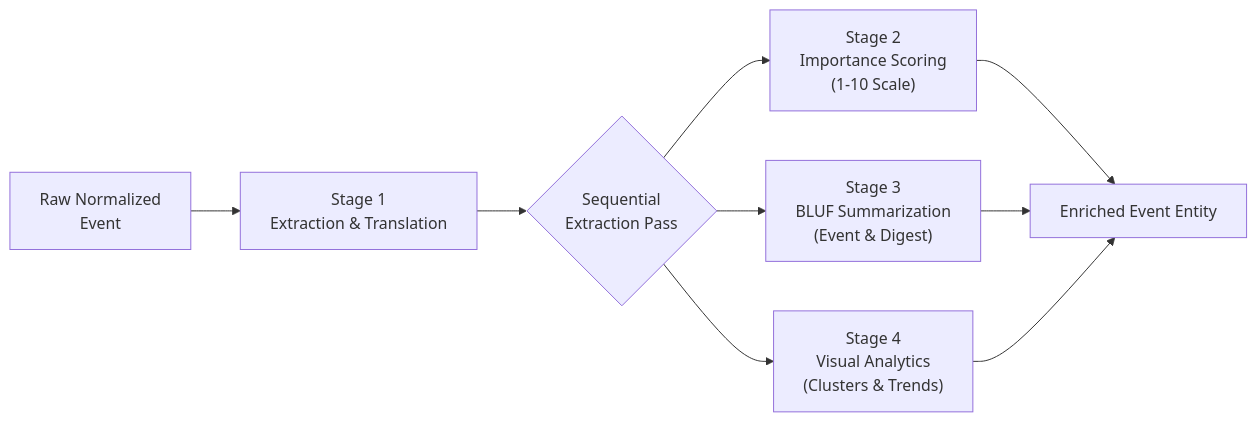
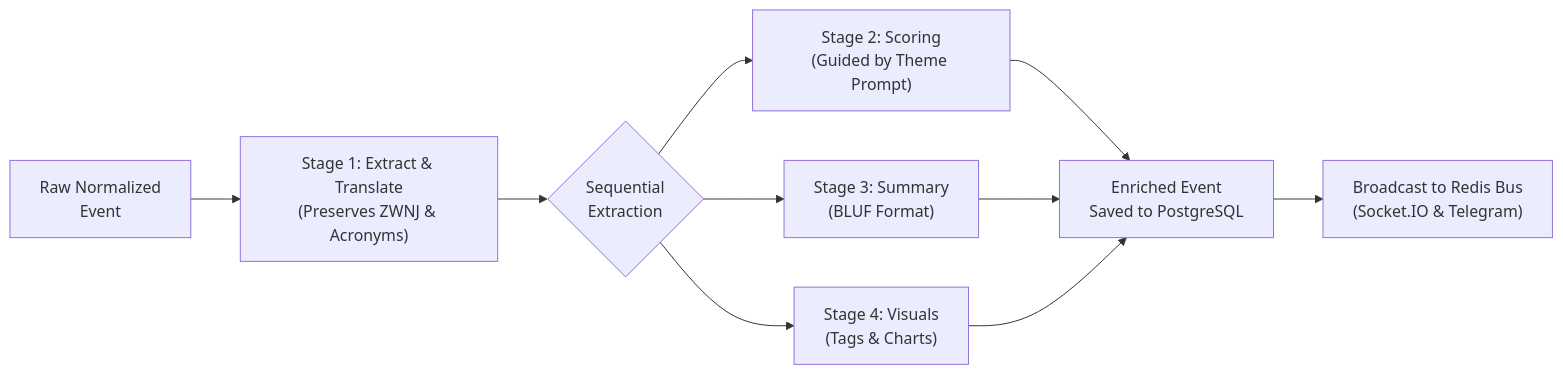
Before and after one commit to danprav04/realtime-osint: the second of 2 diagrams in README.md, drawn with Mermaid. The commit also changed other lines of this file and 1 other file, not shown here.

Commit message:
docs: ensure README is 100% accurate, replace synthetic banner with authentic UI schematic

````diff
--- a/README.md
+++ b/README.md
@@ -114,11 +169,12 @@
 ```mermaid
 flowchart LR
-    Raw["Raw Normalized\nEvent"] --> S1["Stage 1\nExtraction & Translation"]
-    S1 --> Fork{"Sequential\nExtraction Pass"}
-    Fork --> S2["Stage 2\nImportance Scoring\n(1-10 Scale)"]
-    Fork --> S3["Stage 3\nBLUF Summarization\n(Event & Digest)"]
-    Fork --> S4["Stage 4\nVisual Analytics\n(Clusters & Trends)"]
-    S2 --> Join["Enriched Event Entity"]
+    Raw["Raw Normalized\nEvent"] --> S1["Stage 1: Extract & Translate\n(Preserves ZWNJ & Acronyms)"]
+    S1 --> Fork{"Sequential\nExtraction"}
+    Fork --> S2["Stage 2: Scoring\n(Guided by Theme Prompt)"]
+    Fork --> S3["Stage 3: Summary\n(BLUF Format)"]
+    Fork --> S4["Stage 4: Visuals\n(Tags & Charts)"]
+    S2 --> Join["Enriched Event\nSaved to PostgreSQL"]
     S3 --> Join
     S4 --> Join
+    Join --> Broadcast["Broadcast to Redis Bus\n(Socket.IO & Telegram)"]
 ```
````
